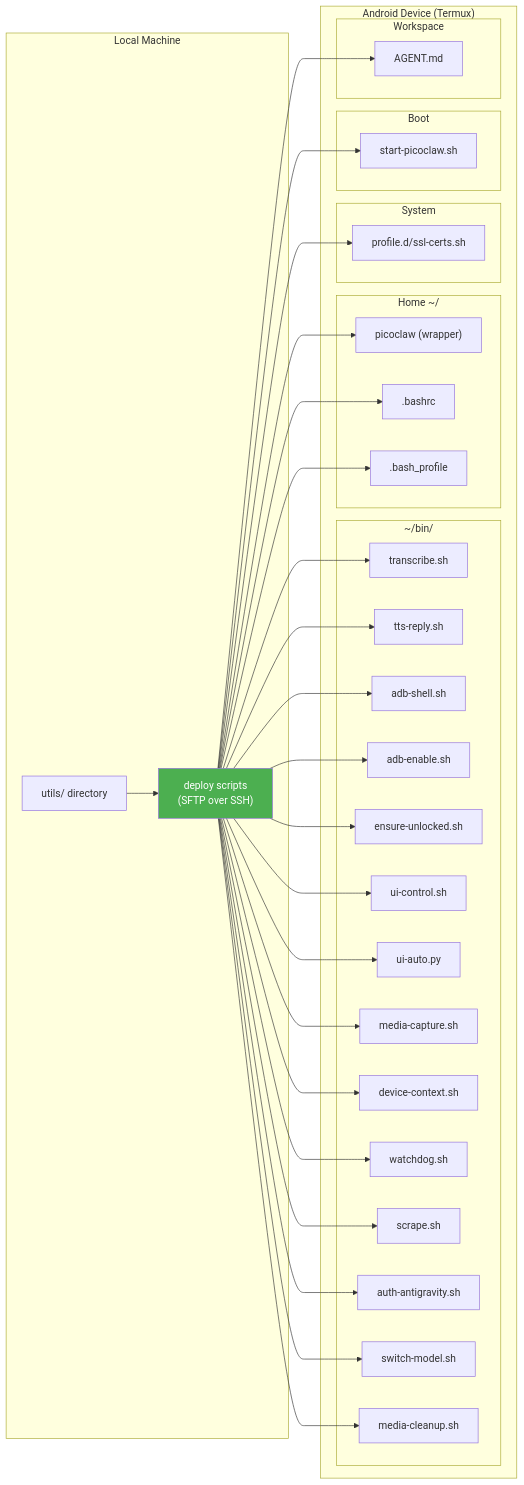
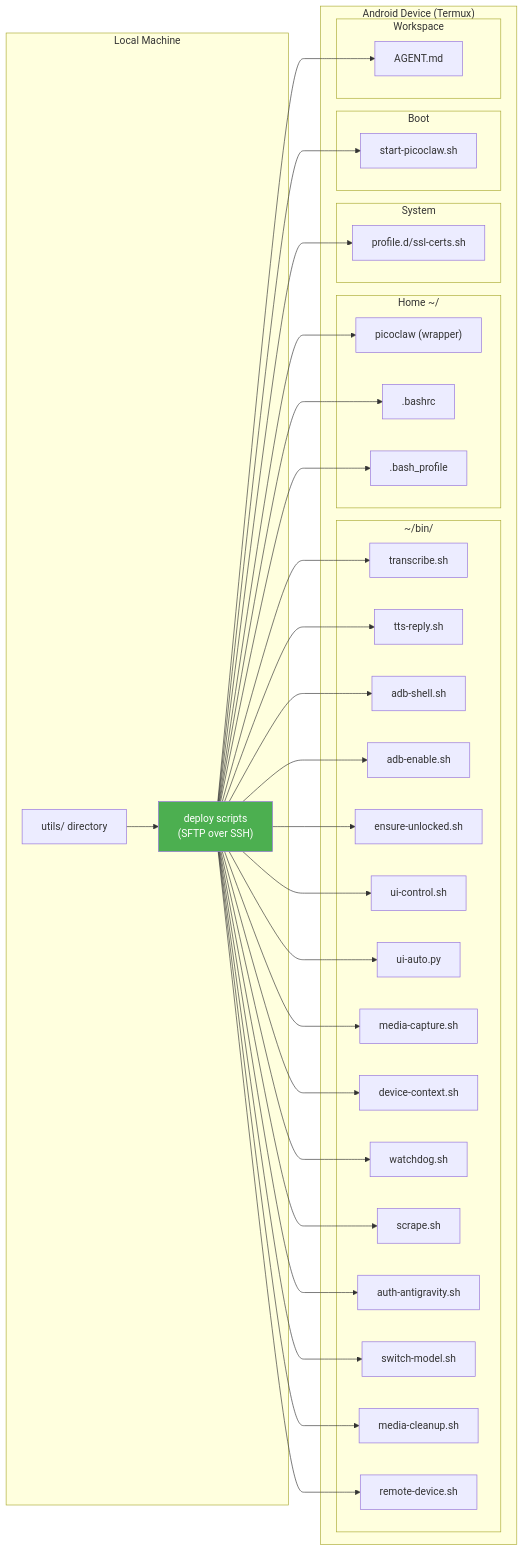
Before and after one commit to carrilloapps/picoclaw-dotfiles: the diagram in utils/README.md, drawn with Mermaid. The commit also changed other lines of this file and 9 other files, not shown here.

First line of the commit message:
docs: 14 new Mermaid diagrams, accuracy fixes, professional upgrade

````diff
--- a/utils/README.md
+++ b/utils/README.md
@@ -38,49 +39,50 @@
 ```mermaid
 graph LR
     subgraph "Local Machine"
         REPO["utils/ directory"]
         DEPLOY["deploy scripts<br/>(SFTP over SSH)"]
     end
 
     subgraph "Android Device (Termux)"
         subgraph "~/bin/"
             T1["transcribe.sh"]
             T2["tts-reply.sh"]
             T3["adb-shell.sh"]
             T4["adb-enable.sh"]
             T5["ensure-unlocked.sh"]
             T6["ui-control.sh"]
             T7["ui-auto.py"]
             T8["media-capture.sh"]
             T9["device-context.sh"]
             T10["watchdog.sh"]
             T11["scrape.sh"]
             T12["auth-antigravity.sh"]
             T13["switch-model.sh"]
             T14["media-cleanup.sh"]
+        T15["remote-device.sh"]
         end
         subgraph "Home ~/"
             W["picoclaw (wrapper)"]
             BR[".bashrc"]
             BP[".bash_profile"]
         end
         subgraph "System"
             SSL["profile.d/ssl-certs.sh"]
         end
         subgraph "Boot"
             BOOT["start-picoclaw.sh"]
         end
         subgraph "Workspace"
             AGENT["AGENT.md"]
         end
     end
 
     REPO --> DEPLOY
-    DEPLOY --> T1 & T2 & T3 & T4 & T5 & T6 & T7 & T8 & T9 & T10 & T11 & T12 & T13 & T14
+    DEPLOY --> T1 & T2 & T3 & T4 & T5 & T6 & T7 & T8 & T9 & T10 & T11 & T12 & T13 & T14 & T15
     DEPLOY --> W & BR & BP
     DEPLOY --> SSL
     DEPLOY --> BOOT
     DEPLOY --> AGENT
 
     style DEPLOY fill:#4caf50,color:#fff
 ```
````
